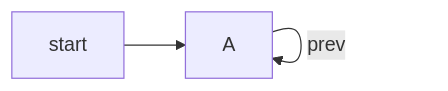
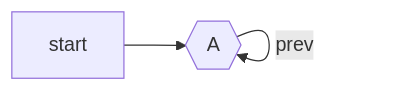
Before and after one commit to ChrisW-priv/PersonalVault: the second of 2 diagrams in zettelkasten/Circular Doubly Linked List.md, drawn with Mermaid. The commit also changed 1 other file, not shown here.

Commit message:
vault backup: 2022-12-08 12:06:17

````diff
--- a/zettelkasten/Circular Doubly Linked List.md
+++ b/zettelkasten/Circular Doubly Linked List.md
@@ -16,4 +16,4 @@
 ```mermaid
 graph LR
-    start --> A -->|next| A-->|prev| A
+    start --> A{{A}} -->|next| A-->|prev| A
 ```
````
